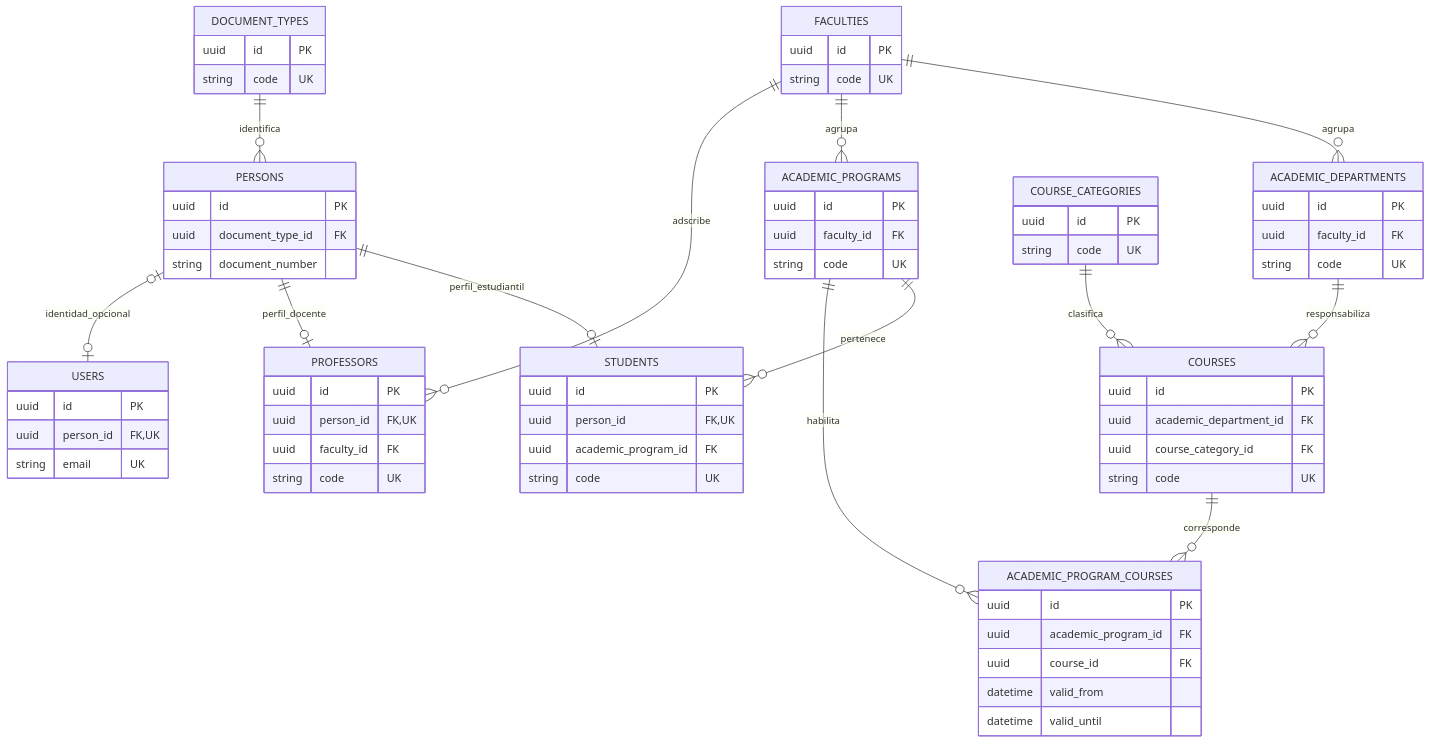
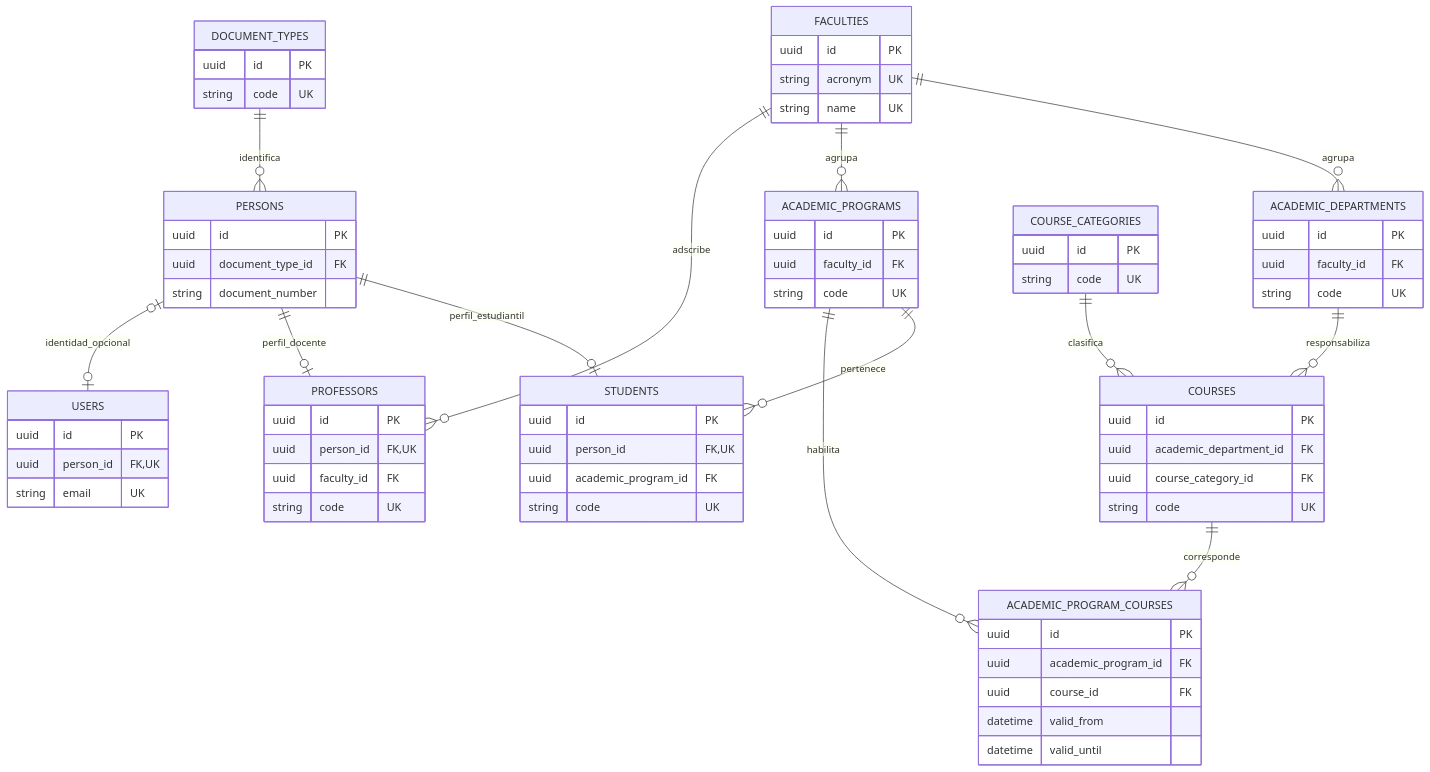
The first of 3 diagrams in docs/05-modeling/02-data-model.md (EderPanta18/academic-management-api), drawn with Mermaid before and after one commit. The commit also changed other lines of this file and 39 other files, not shown here.

````diff
--- a/docs/05-modeling/02-data-model.md
+++ b/docs/05-modeling/02-data-model.md
@@ -9,73 +9,74 @@
 ```mermaid
 erDiagram
     DOCUMENT_TYPES ||--o{ PERSONS : identifica
     PERSONS ||--o| STUDENTS : perfil_estudiantil
     PERSONS ||--o| PROFESSORS : perfil_docente
     PERSONS o|--o| USERS : identidad_opcional
     FACULTIES ||--o{ ACADEMIC_DEPARTMENTS : agrupa
     FACULTIES ||--o{ ACADEMIC_PROGRAMS : agrupa
     FACULTIES ||--o{ PROFESSORS : adscribe
     ACADEMIC_PROGRAMS ||--o{ STUDENTS : pertenece
     ACADEMIC_DEPARTMENTS ||--o{ COURSES : responsabiliza
     COURSE_CATEGORIES ||--o{ COURSES : clasifica
     ACADEMIC_PROGRAMS ||--o{ ACADEMIC_PROGRAM_COURSES : habilita
     COURSES ||--o{ ACADEMIC_PROGRAM_COURSES : corresponde
 
     DOCUMENT_TYPES {
         uuid id PK
         string code UK
     }
     PERSONS {
         uuid id PK
         uuid document_type_id FK
         string document_number
     }
     FACULTIES {
         uuid id PK
-        string code UK
+        string acronym UK
+        string name UK
     }
     ACADEMIC_DEPARTMENTS {
         uuid id PK
         uuid faculty_id FK
         string code UK
     }
     ACADEMIC_PROGRAMS {
         uuid id PK
         uuid faculty_id FK
         string code UK
     }
     STUDENTS {
         uuid id PK
         uuid person_id FK,UK
         uuid academic_program_id FK
         string code UK
     }
     PROFESSORS {
         uuid id PK
         uuid person_id FK,UK
         uuid faculty_id FK
         string code UK
     }
     COURSES {
         uuid id PK
         uuid academic_department_id FK
         uuid course_category_id FK
         string code UK
     }
     COURSE_CATEGORIES {
         uuid id PK
         string code UK
     }
     ACADEMIC_PROGRAM_COURSES {
         uuid id PK
         uuid academic_program_id FK
         uuid course_id FK
         datetime valid_from
         datetime valid_until
     }
     USERS {
         uuid id PK
         uuid person_id FK,UK
         string email UK
     }
 ```
````
